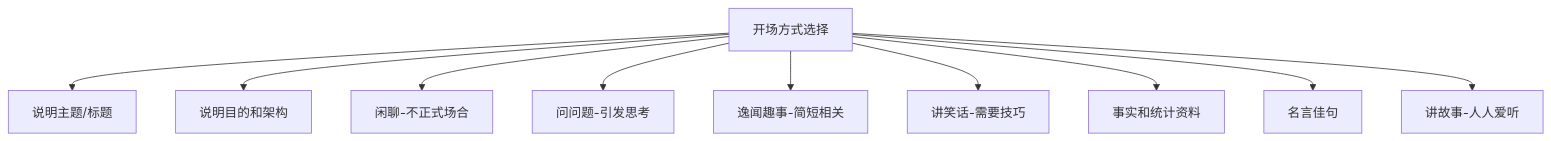
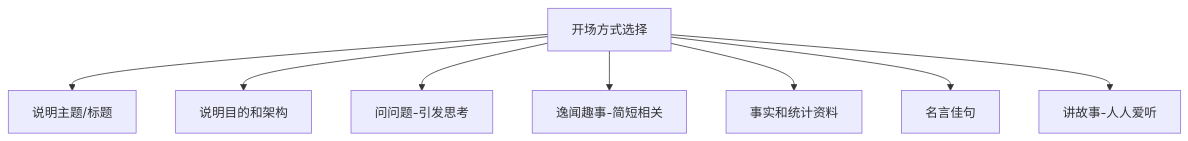
Before and after one commit to chongyang211/YCBookBlog: the seventh of 12 diagrams in 10.自我进阶提升书/06.语言沟通的演进/6.7公众演讲的提升.md, drawn with Mermaid. The commit also changed other lines of this file and 8 other files, not shown here.

````diff
--- a/10.自我进阶提升书/06.语言沟通的演进/6.7公众演讲的提升.md
+++ b/10.自我进阶提升书/06.语言沟通的演进/6.7公众演讲的提升.md
@@ -123,12 +195,10 @@
 ```mermaid
 graph TD
     A[开场方式选择] --> B[说明主题/标题]
     A --> C[说明目的和架构]
-    A --> D[闲聊-不正式场合]
-    A --> E[问问题-引发思考]
-    A --> F[逸闻趣事-简短相关]
-    A --> G[讲笑话-需要技巧]
-    A --> H[事实和统计资料]
-    A --> I[名言佳句]
-    A --> J[讲故事-人人爱听]
+    A --> D[问问题-引发思考]
+    A --> E[逸闻趣事-简短相关]
+    A --> F[事实和统计资料]
+    A --> G[名言佳句]
+    A --> H[讲故事-人人爱听]
 ```
````
